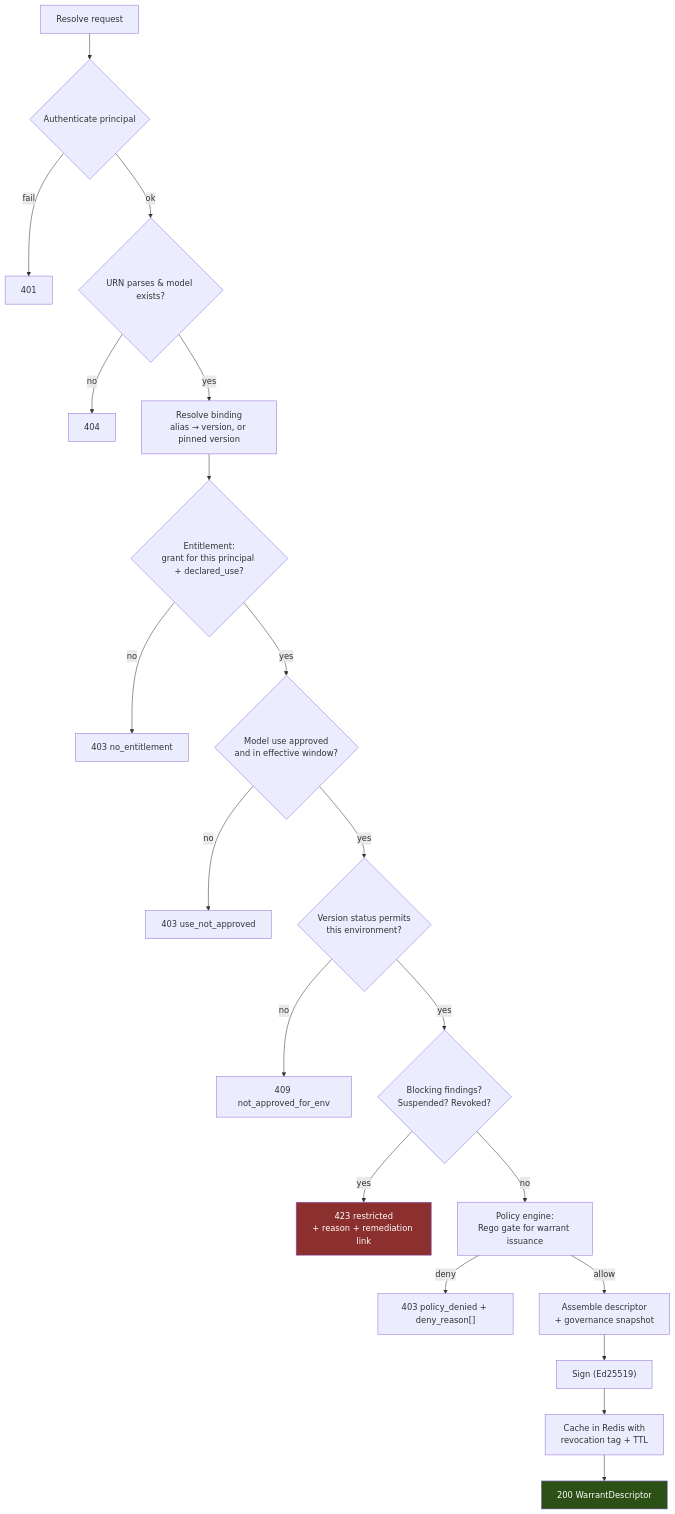
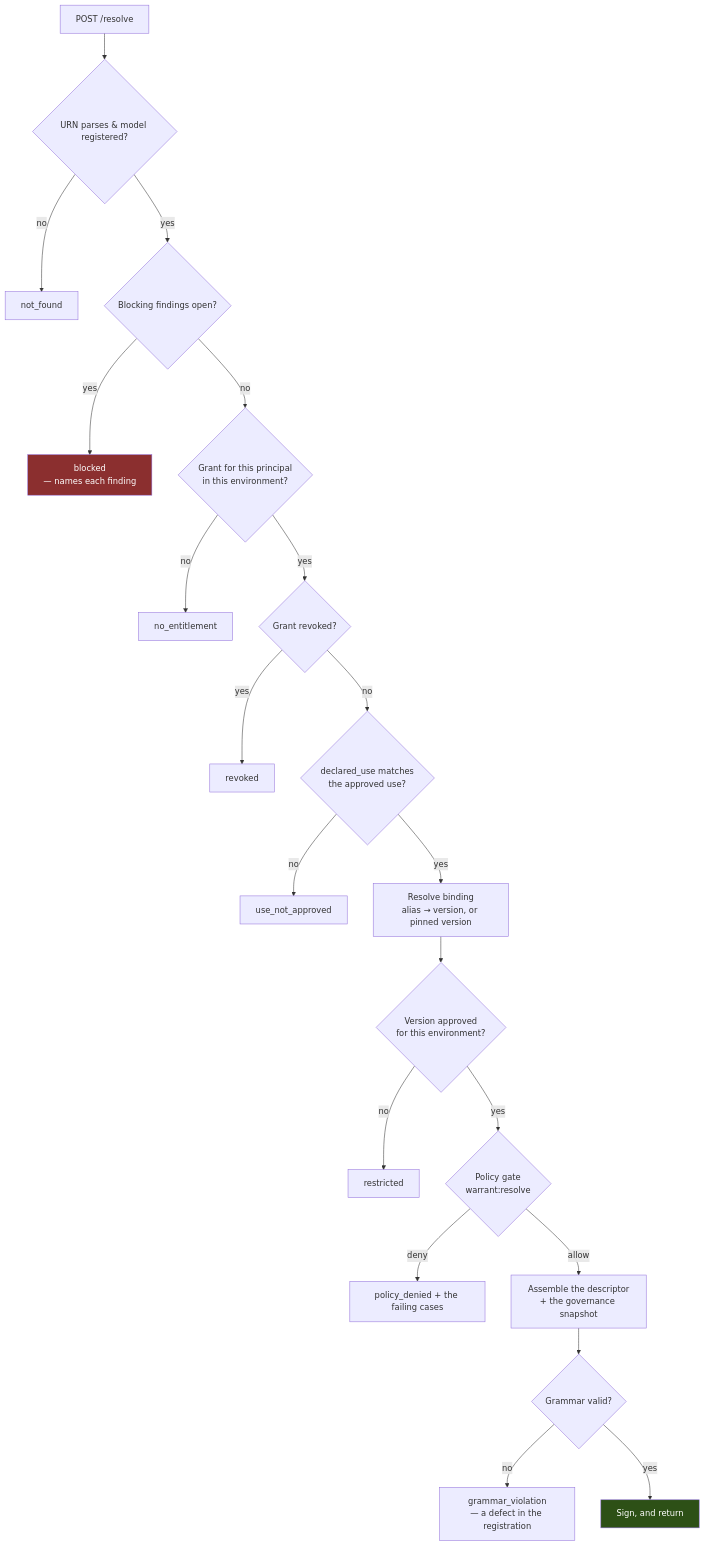
The first of 2 diagrams in docs/06-warrants-and-execution.md (ajsinha/maya), drawn with Mermaid before and after one commit. The commit also changed other lines of this file and 37 other files, not shown here.

````diff
--- a/docs/06-warrants-and-execution.md
+++ b/docs/06-warrants-and-execution.md
@@ -294,25 +410,25 @@
 ```mermaid
 flowchart TD
-    A["Resolve request"] --> B{"Authenticate principal"}
-    B -->|fail| X1["401"]
-    B -->|ok| C{"URN parses & model exists?"}
-    C -->|no| X2["404"]
-    C -->|yes| D["Resolve binding<br/>alias → version, or pinned version"]
-    D --> E{"Entitlement:<br/>grant for this principal + declared_use?"}
-    E -->|no| X3["403 no_entitlement"]
-    E -->|yes| F{"Model use approved<br/>and in effective window?"}
-    F -->|no| X4["403 use_not_approved"]
-    F -->|yes| G{"Version status permits<br/>this environment?"}
-    G -->|no| X5["409 not_approved_for_env"]
-    G -->|yes| H{"Blocking findings?<br/>Suspended? Revoked?"}
-    H -->|yes| X6["423 restricted<br/>+ reason + remediation link"]
-    H -->|no| I["Policy engine:<br/>Rego gate for warrant issuance"]
-    I -->|deny| X7["403 policy_denied + deny_reason[]"]
-    I -->|allow| J["Assemble descriptor<br/>+ governance snapshot"]
-    J --> K["Sign (Ed25519)"]
-    K --> L["Cache in Redis with<br/>revocation tag + TTL"]
-    L --> M["200 WarrantDescriptor"]
+    A["POST /resolve"] --> B{"URN parses & model registered?"}
+    B -->|no| X1["not_found"]
+    B -->|yes| C{"Blocking findings open?"}
+    C -->|yes| X2["blocked<br/>— names each finding"]
+    C -->|no| D{"Grant for this principal<br/>in this environment?"}
+    D -->|no| X3["no_entitlement"]
+    D -->|yes| E{"Grant revoked?"}
+    E -->|yes| X4["revoked"]
+    E -->|no| F{"declared_use matches<br/>the approved use?"}
+    F -->|no| X5["use_not_approved"]
+    F -->|yes| G["Resolve binding<br/>alias → version, or pinned version"]
+    G --> H{"Version approved<br/>for this environment?"}
+    H -->|no| X6["restricted"]
+    H -->|yes| I{"Policy gate<br/>warrant:resolve"}
+    I -->|deny| X7["policy_denied + the failing cases"]
+    I -->|allow| J["Assemble the descriptor<br/>+ the governance snapshot"]
+    J --> K{"Grammar valid?"}
+    K -->|no| X8["grammar_violation<br/>— a defect in the registration"]
+    K -->|yes| L["Sign, and return"]
 
-    style X6 fill:#8b2f2f,color:#fff
-    style M fill:#2d5016,color:#fff
+    style X2 fill:#8b2f2f,color:#fff
+    style L fill:#2d5016,color:#fff
 ```
````
